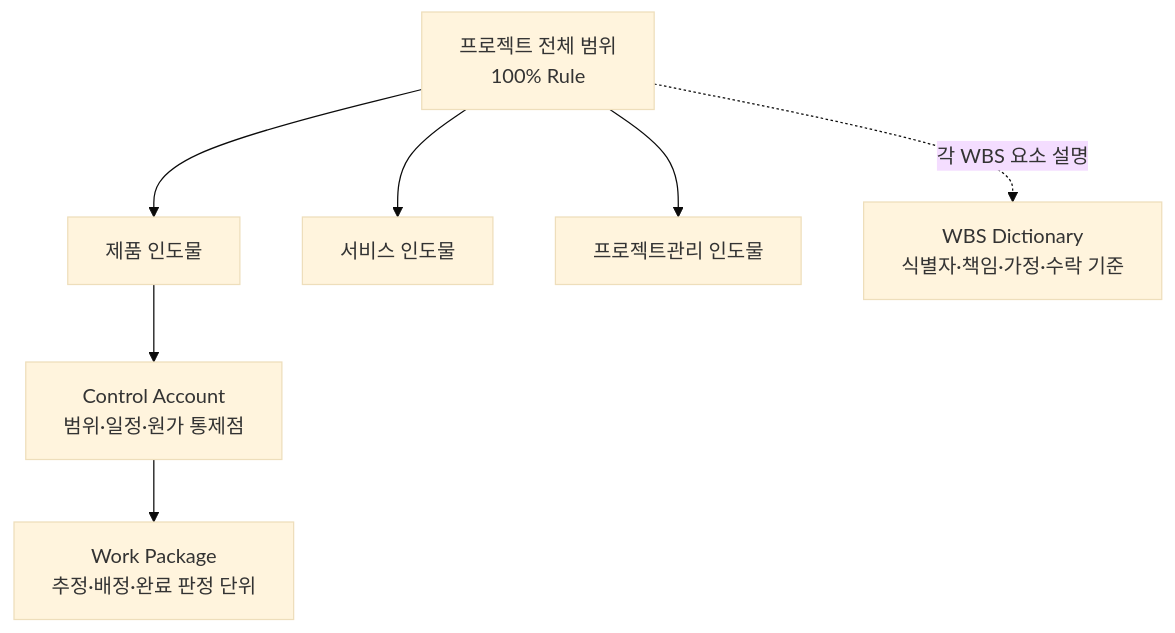
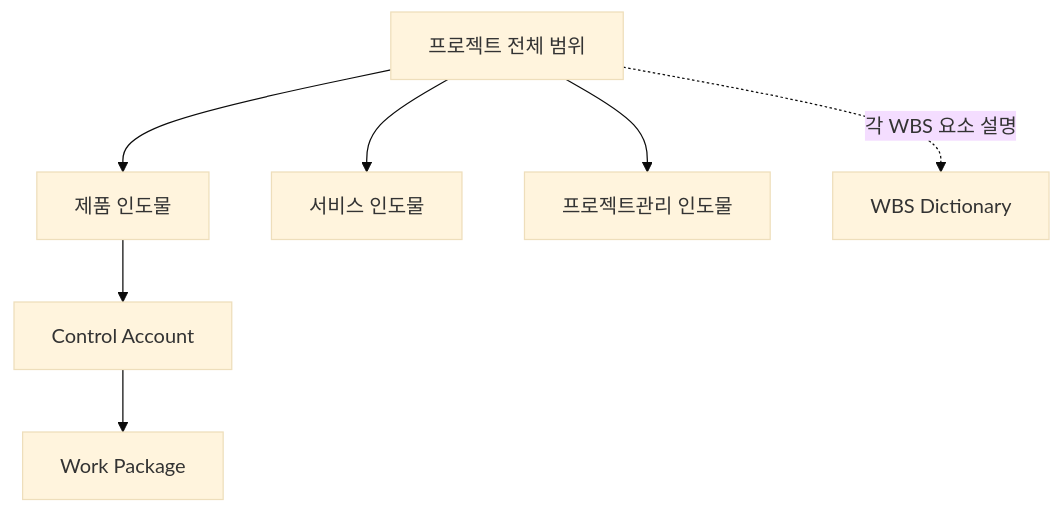
Before and after one commit to agnusdei1207/study: the second of 5 diagrams in src/content/docs/notes/itpe/01-it-strategy/007_wbs.md, drawn with Mermaid (base theme). The commit also changed other lines of this file and 19 other files, not shown here.

````diff
--- a/src/content/docs/notes/itpe/01-it-strategy/007_wbs.md
+++ b/src/content/docs/notes/itpe/01-it-strategy/007_wbs.md
@@ -67,9 +74,9 @@
 ```mermaid
 flowchart TD
-    P["프로젝트 전체 범위<br/>100% Rule"] --> D1["제품 인도물"]
+    P["프로젝트 전체 범위"] --> D1["제품 인도물"]
     P --> D2["서비스 인도물"]
     P --> D3["프로젝트관리 인도물"]
-    D1 --> CA["Control Account<br/>범위·일정·원가 통제점"]
-    CA --> WP["Work Package<br/>추정·배정·완료 판정 단위"]
-    P -.->|각 WBS 요소 설명| WD["WBS Dictionary<br/>식별자·책임·가정·수락 기준"]
+    D1 --> CA["Control Account"]
+    CA --> WP["Work Package"]
+    P -.->|"각 WBS 요소 설명"| WD["WBS Dictionary"]
 ```
````
